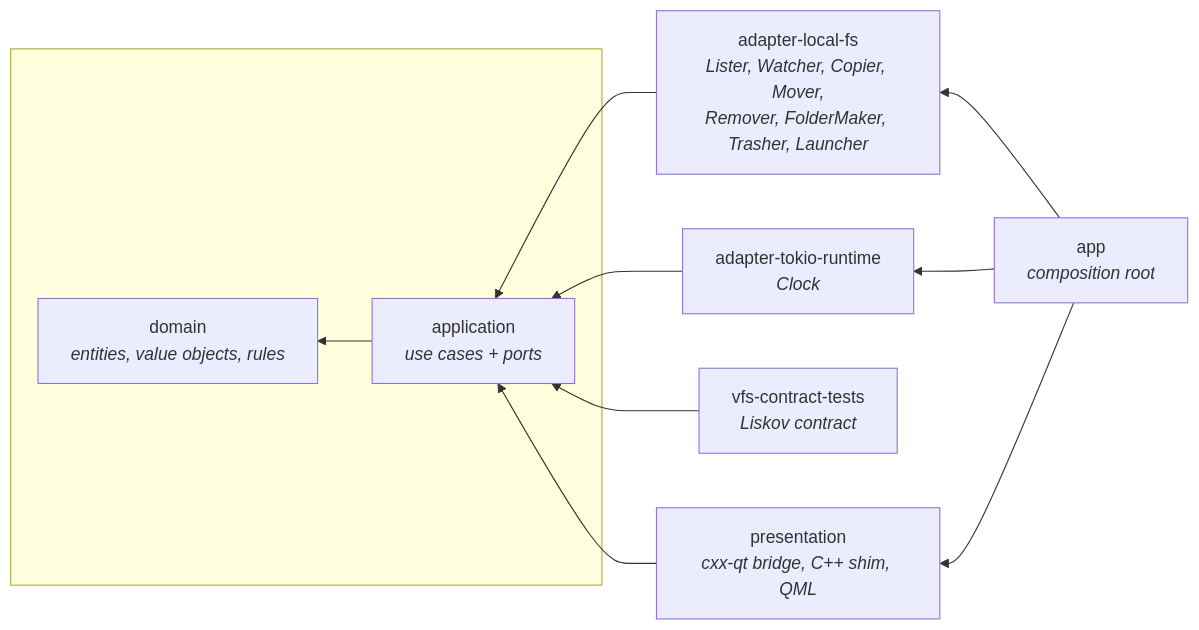
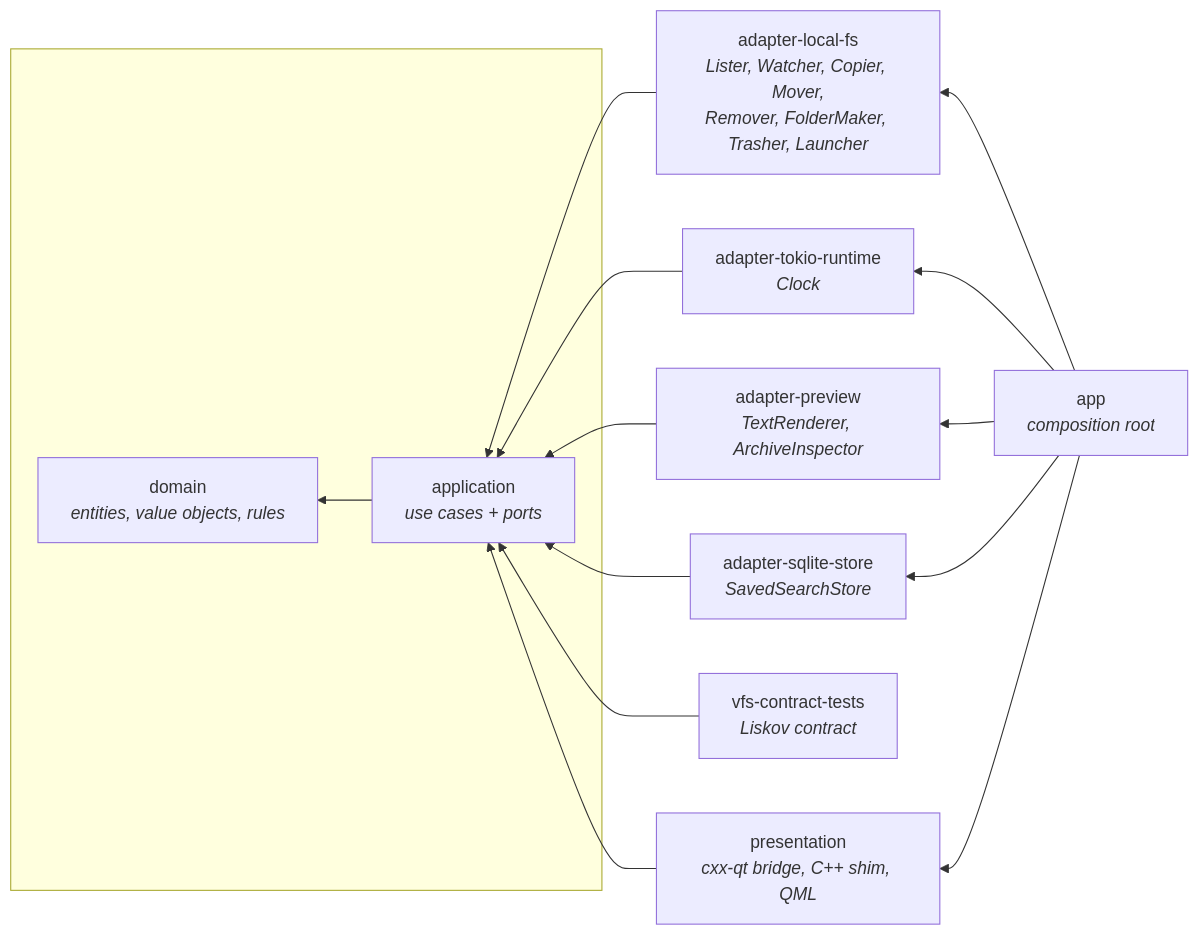
Before and after one commit to gustaavik/findermaxxing: the diagram in docs/architecture.md, drawn with Mermaid. The commit also changed other lines of this file and 66 other files, not shown here.

````diff
--- a/docs/architecture.md
+++ b/docs/architecture.md
@@ -5,17 +5,21 @@
 ```mermaid
 flowchart RL
     subgraph core[" "]
         domain["domain<br/><i>entities, value objects, rules</i>"]
         application["application<br/><i>use cases + ports</i>"]
     end
     application --> domain
 
     local["adapter-local-fs<br/><i>Lister, Watcher, Copier, Mover,<br/>Remover, FolderMaker, Trasher, Launcher</i>"] --> application
     tokio_rt["adapter-tokio-runtime<br/><i>Clock</i>"] --> application
+    preview["adapter-preview<br/><i>TextRenderer, ArchiveInspector</i>"] --> application
+    store["adapter-sqlite-store<br/><i>SavedSearchStore</i>"] --> application
     contract["vfs-contract-tests<br/><i>Liskov contract</i>"] --> application
     presentation["presentation<br/><i>cxx-qt bridge, C++ shim, QML</i>"] --> application
 
     app["app<br/><i>composition root</i>"] --> local
     app --> tokio_rt
+    app --> preview
+    app --> store
     app --> presentation
 ```
````
